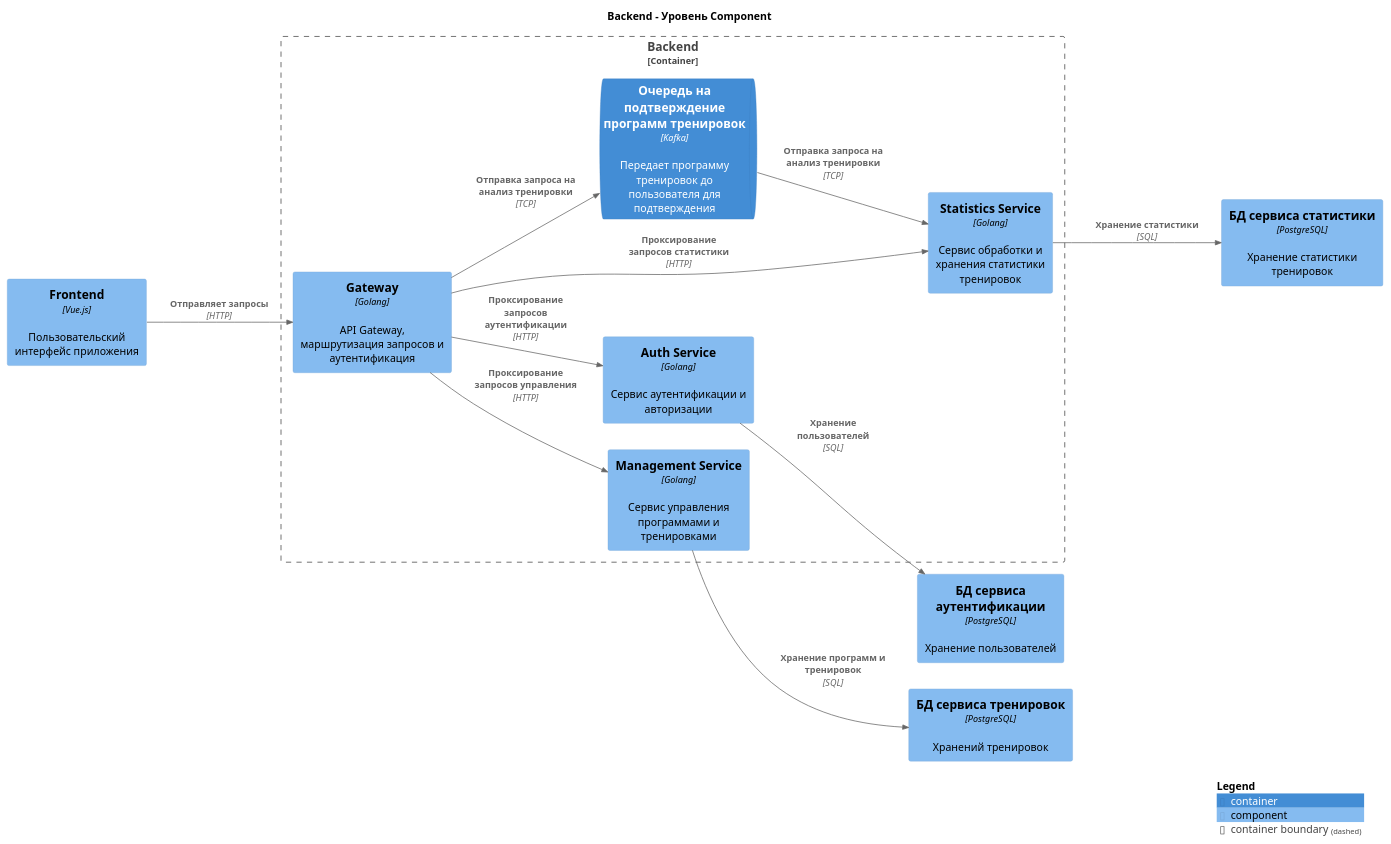
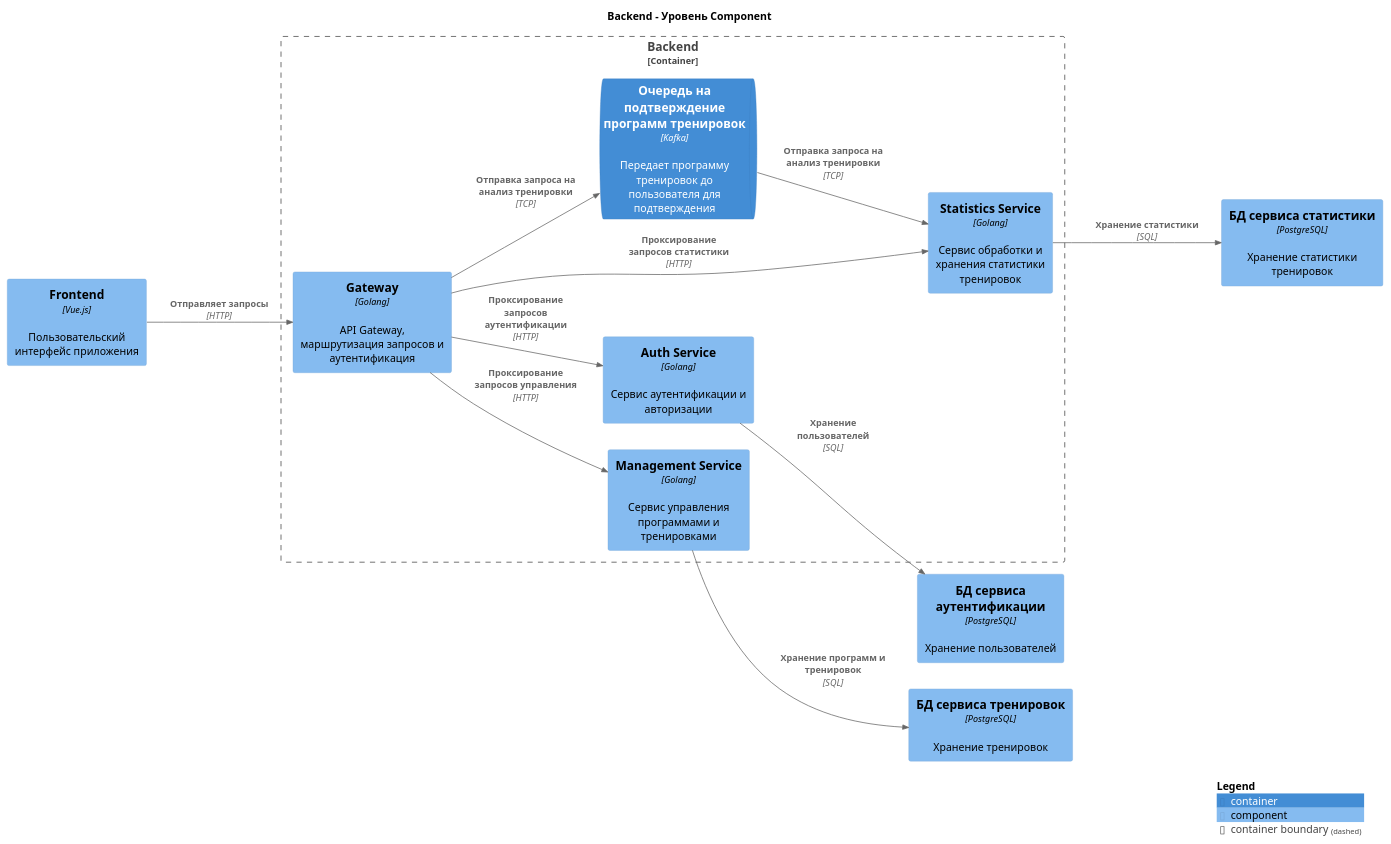
One commit to SimakinKonstantin/Gym-helper changed the diagram in c4/backend-component.puml. Above: the diagram before and after it, drawn with PlantUML. The commit also changed 2 other files, not shown here.

```diff
--- a/c4/backend-component.puml
+++ b/c4/backend-component.puml
@@ -1,36 +1,36 @@
 @startuml
 !include https://raw.githubusercontent.com/plantuml-stdlib/C4-PlantUML/master/C4_Component.puml
 
 title Backend - Уровень Component
 
 LAYOUT_LEFT_RIGHT()
 
 Component(frontend, "Frontend", "Vue.js", "Пользовательский интерфейс приложения")
 
 Container_Boundary(backend, "Backend") {
     Component(gateway, "Gateway", "Golang", "API Gateway, маршрутизация запросов и аутентификация")
     Component(authService, "Auth Service", "Golang", "Сервис аутентификации и авторизации")
     Component(managementService, "Management Service", "Golang", "Сервис управления программами и тренировками")
     Component(statisticsService, "Statistics Service", "Golang", "Сервис обработки и хранения статистики тренировок")
     ContainerQueue(kafka, "Очередь на подтверждение программ тренировок", "Kafka", "Передает программу тренировок до пользователя для подтверждения")
 }
 
 Component(statisticsDb,  "БД сервиса статистики", "PostgreSQL", "Хранение статистики тренировок")
 Component(usersDb, "БД сервиса аутентификации", "PostgreSQL",  "Хранение пользователей")
-Component(managementDb, "БД сервиса тренировок", "PostgreSQL",  "Хранений тренировок")
+Component(managementDb, "БД сервиса тренировок", "PostgreSQL",  "Хранение тренировок")
 
 Rel(frontend, gateway, "Отправляет запросы", "HTTP")
 
 Rel(gateway, authService, "Проксирование запросов аутентификации", "HTTP")
 Rel(gateway, managementService, "Проксирование запросов управления", "HTTP")
 Rel(gateway, statisticsService, "Проксирование запросов статистики", "HTTP")
 Rel(gateway, kafka, "Отправка запроса на анализ тренировки", "TCP")
 Rel(kafka, statisticsService, "Отправка запроса на анализ тренировки", "TCP")
 
 
 Rel(authService, usersDb, "Хранение пользователей", "SQL")
 Rel(managementService, managementDb, "Хранение программ и тренировок", "SQL")
 Rel(statisticsService, statisticsDb, "Хранение статистики", "SQL")
 
 SHOW_LEGEND()
 @enduml
```
